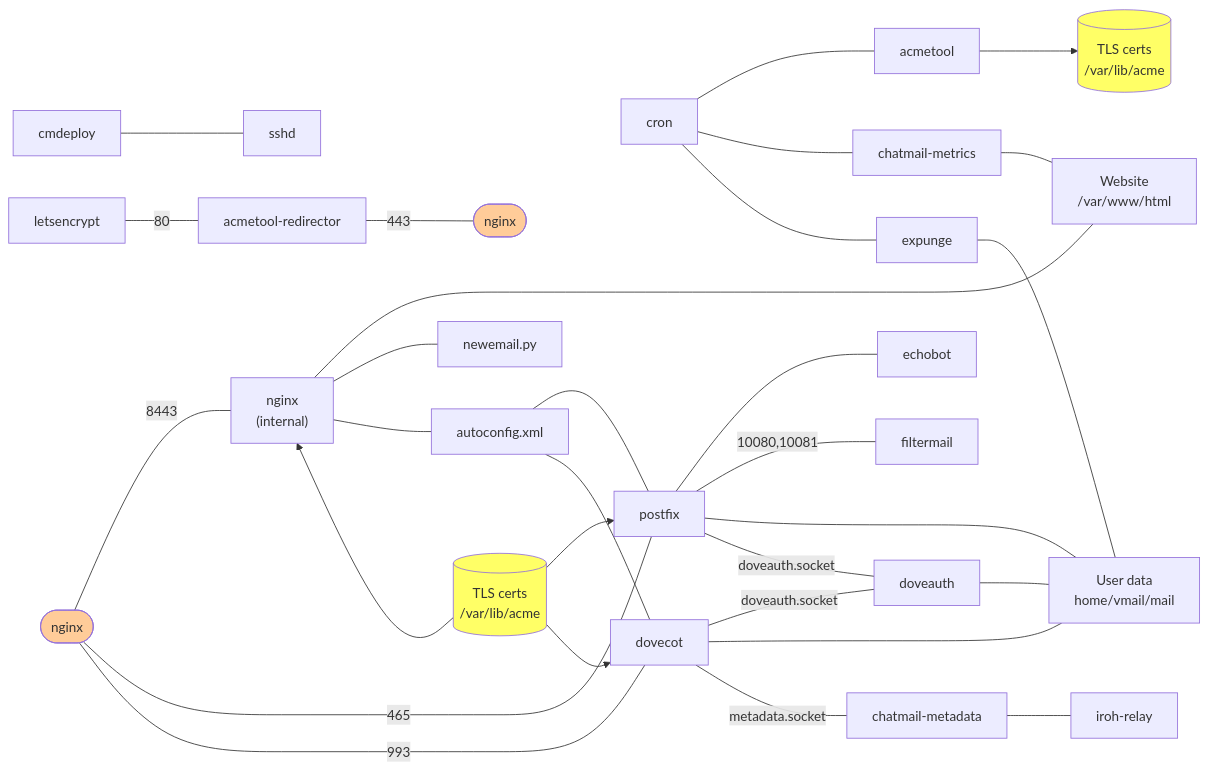
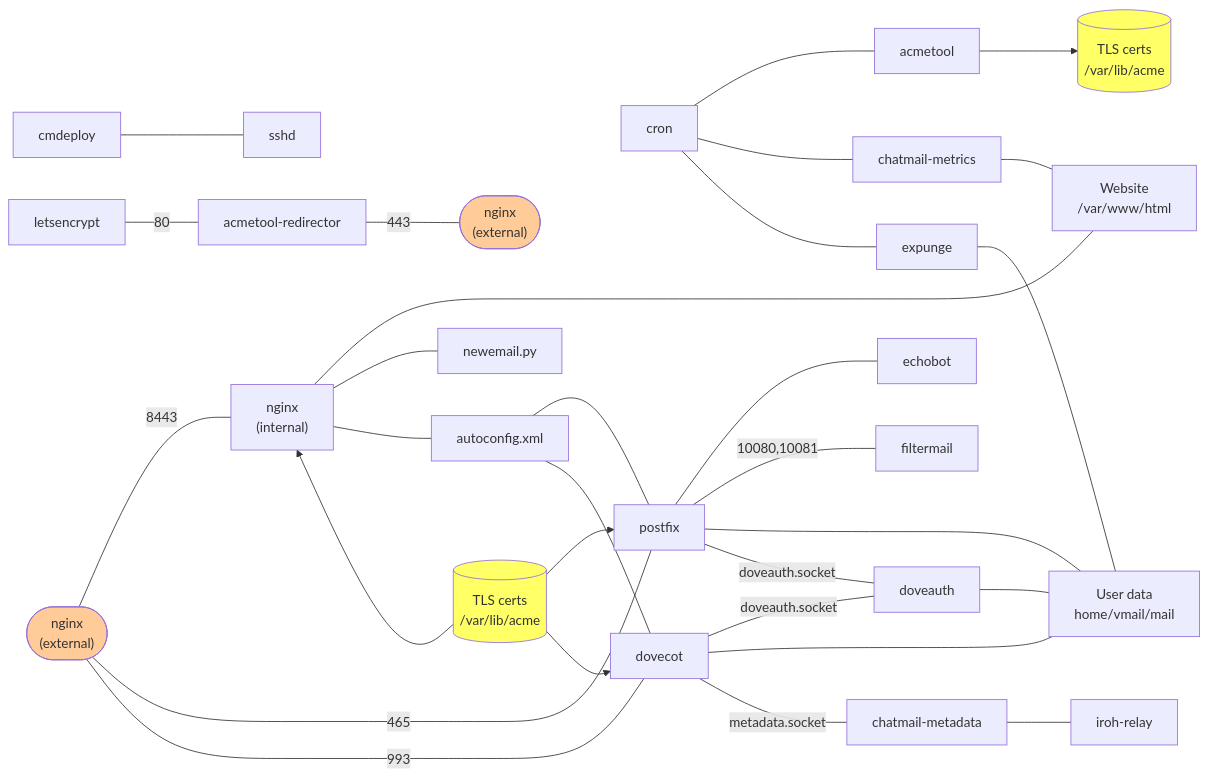
Before and after one commit to cliffmccarthy/chatmail-relay: the diagram in ARCHITECTURE.md, drawn with Mermaid.

Commit message:
nginx external

````diff
--- a/ARCHITECTURE.md
+++ b/ARCHITECTURE.md
@@ -4,41 +4,43 @@
 ```mermaid
 graph LR;
     cmdeploy --- sshd;
     letsencrypt --- |80|acmetool-redirector;
-    acmetool-redirector --- |443|nginx-right([nginx]);
-    nginx([nginx]) --- |8443|nginx-internal["`nginx
+    acmetool-redirector --- |443|nginx-right(["`nginx
+    (external)`"]);
+    nginx(["`nginx
+    (external)`"]) --- |8443|nginx-internal["`nginx
     (internal)`"];
     nginx-internal --- website["`Website
     /var/www/html`"];
     nginx-internal --- newemail.py;
     nginx-internal --- autoconfig.xml;
     nginx-internal ~~~ certs-nginx[("`TLS certs
     /var/lib/acme`")] --> nginx-internal;
     cron --- acmetool;
     cron --- chatmail-metrics;
     cron --- expunge;
     chatmail-metrics --- website;
     acmetool --> certs[("`TLS certs
     /var/lib/acme`")];
     nginx --- |465|postfix;
     nginx --- |993|dovecot;
     autoconfig.xml --- postfix;
     autoconfig.xml --- dovecot;
     postfix --- echobot;
     postfix --- |10080,10081|filtermail;
     postfix --- users["`User data
     home/vmail/mail`"];
     postfix --- |doveauth.socket|doveauth;
     dovecot --- |doveauth.socket|doveauth;
     dovecot --- users;
     dovecot --- |metadata.socket|chatmail-metadata;
     doveauth --- users;
     expunge --- users;
     chatmail-metadata --- iroh-relay;
     certs-nginx --> postfix;
     certs-nginx --> dovecot;
     style certs fill:#ff6;
     style certs-nginx fill:#ff6;
     style nginx fill:#fc9;
     style nginx-right fill:#fc9;
 ```
````
